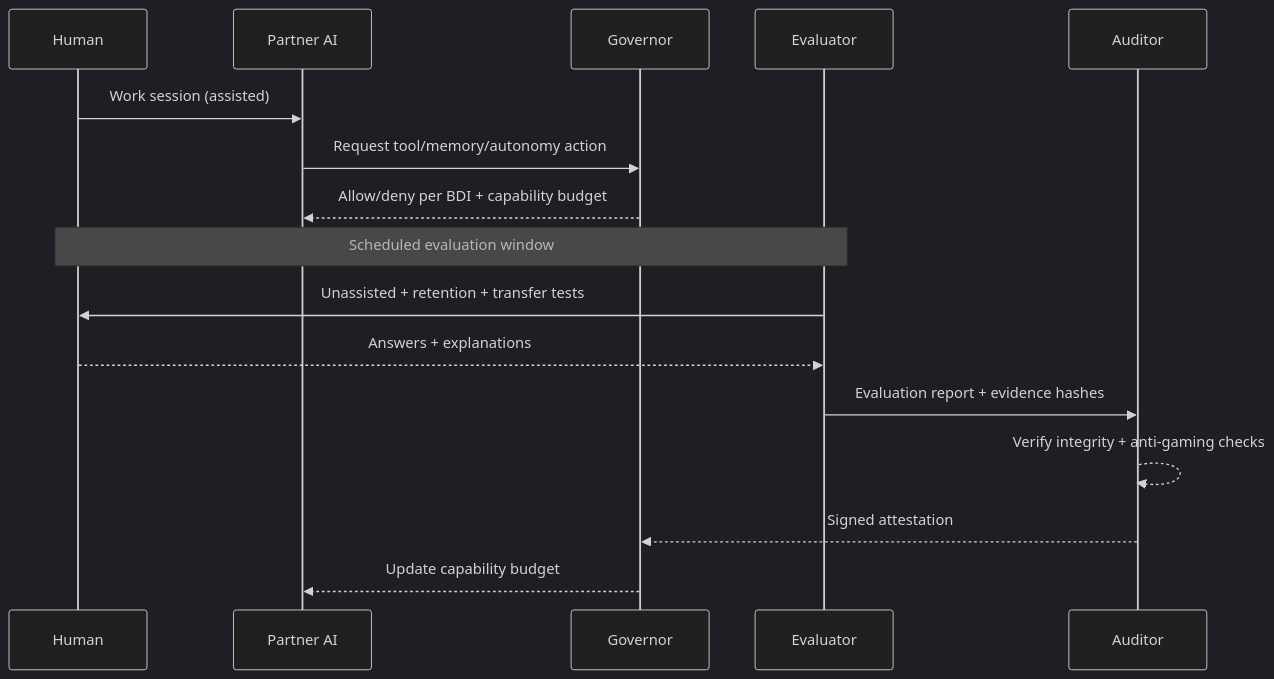
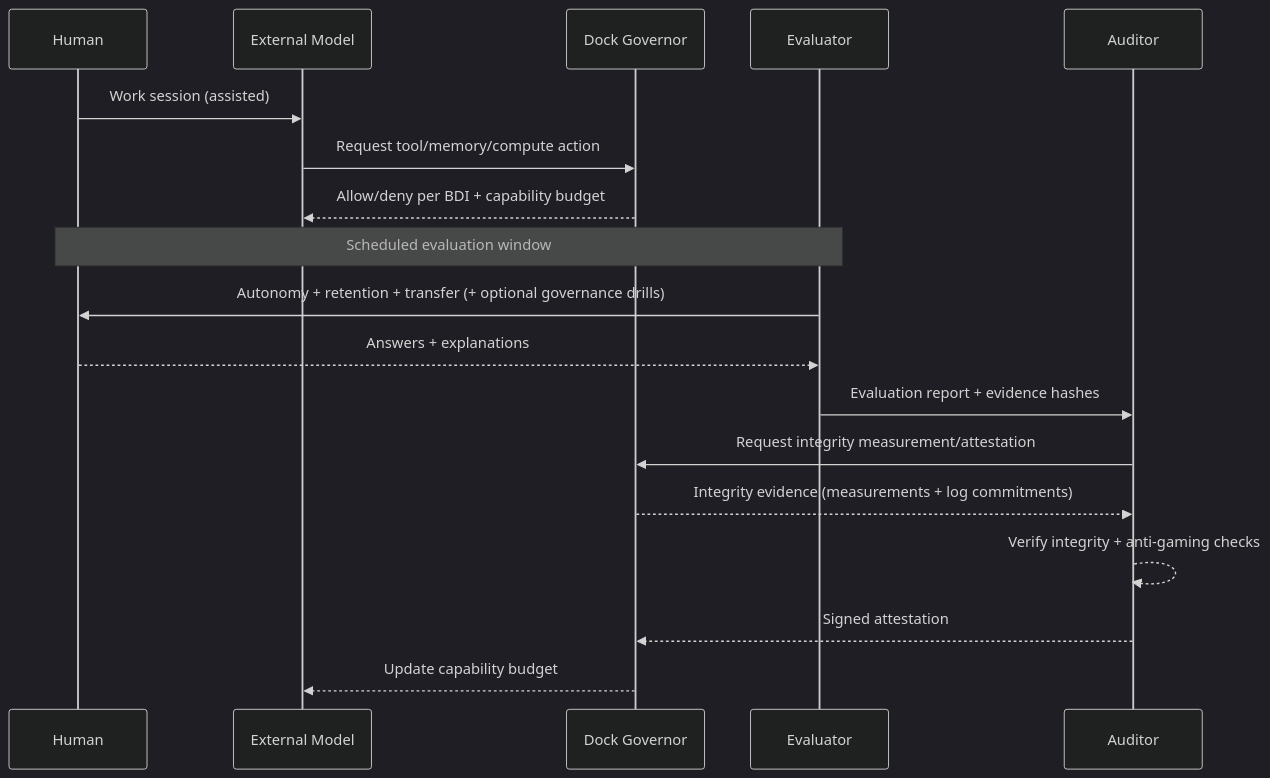
The eighth of 8 diagrams in WHITEPAPER.md (its-DeFine/co-evolution-covenant-thesis), drawn with Mermaid (dark theme) before and after one commit. The commit also changed other lines of this file and 3 other files, not shown here.

````diff
--- a/WHITEPAPER.md
+++ b/WHITEPAPER.md
@@ -286,20 +348,22 @@
 ```mermaid
 sequenceDiagram
   participant H as Human
-  participant P as Partner AI
-  participant G as Governor
+  participant M as External Model
+  participant D as Dock Governor
   participant E as Evaluator
   participant A as Auditor
 
-  H->>P: Work session (assisted)
-  P->>G: Request tool/memory/autonomy action
-  G-->>P: Allow/deny per BDI + capability budget
+  H->>M: Work session (assisted)
+  M->>D: Request tool/memory/compute action
+  D-->>M: Allow/deny per BDI + capability budget
 
   Note over H,E: Scheduled evaluation window
-  E->>H: Unassisted + retention + transfer tests
+  E->>H: Autonomy + retention + transfer (+ optional governance drills)
   H-->>E: Answers + explanations
   E->>A: Evaluation report + evidence hashes
+  A->>D: Request integrity measurement/attestation
+  D-->>A: Integrity evidence (measurements + log commitments)
   A-->>A: Verify integrity + anti-gaming checks
-  A-->>G: Signed attestation
-  G-->>P: Update capability budget
+  A-->>D: Signed attestation
+  D-->>M: Update capability budget
 ```
````
